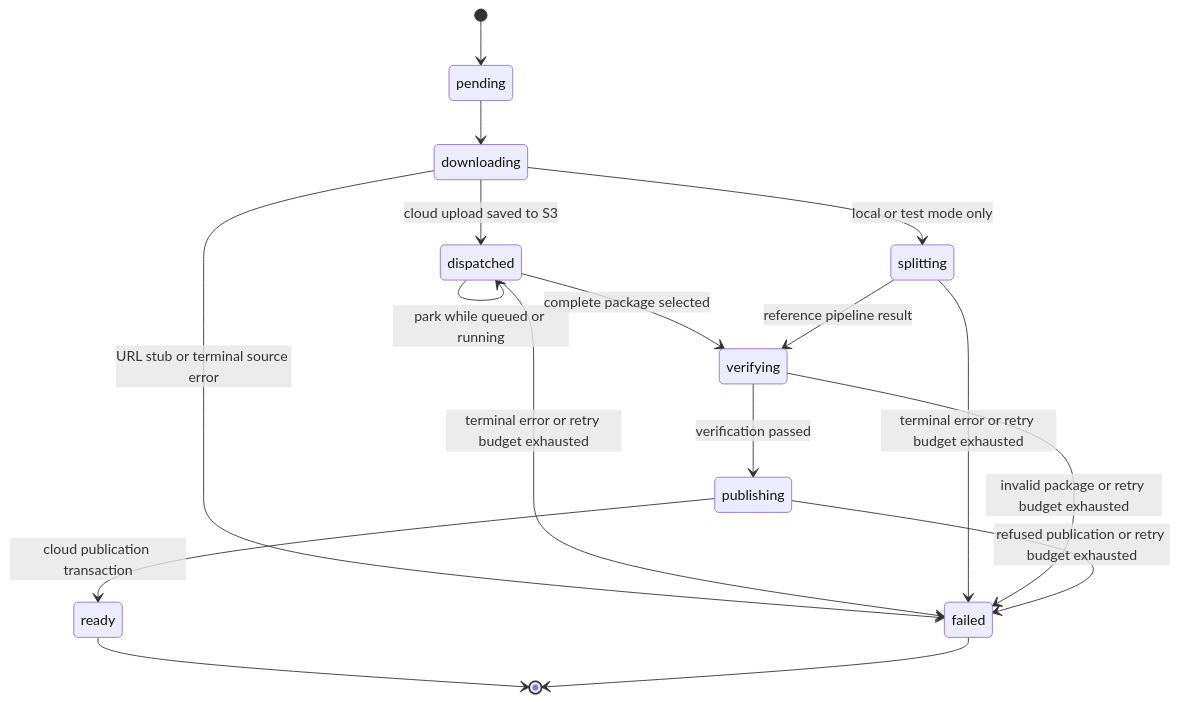
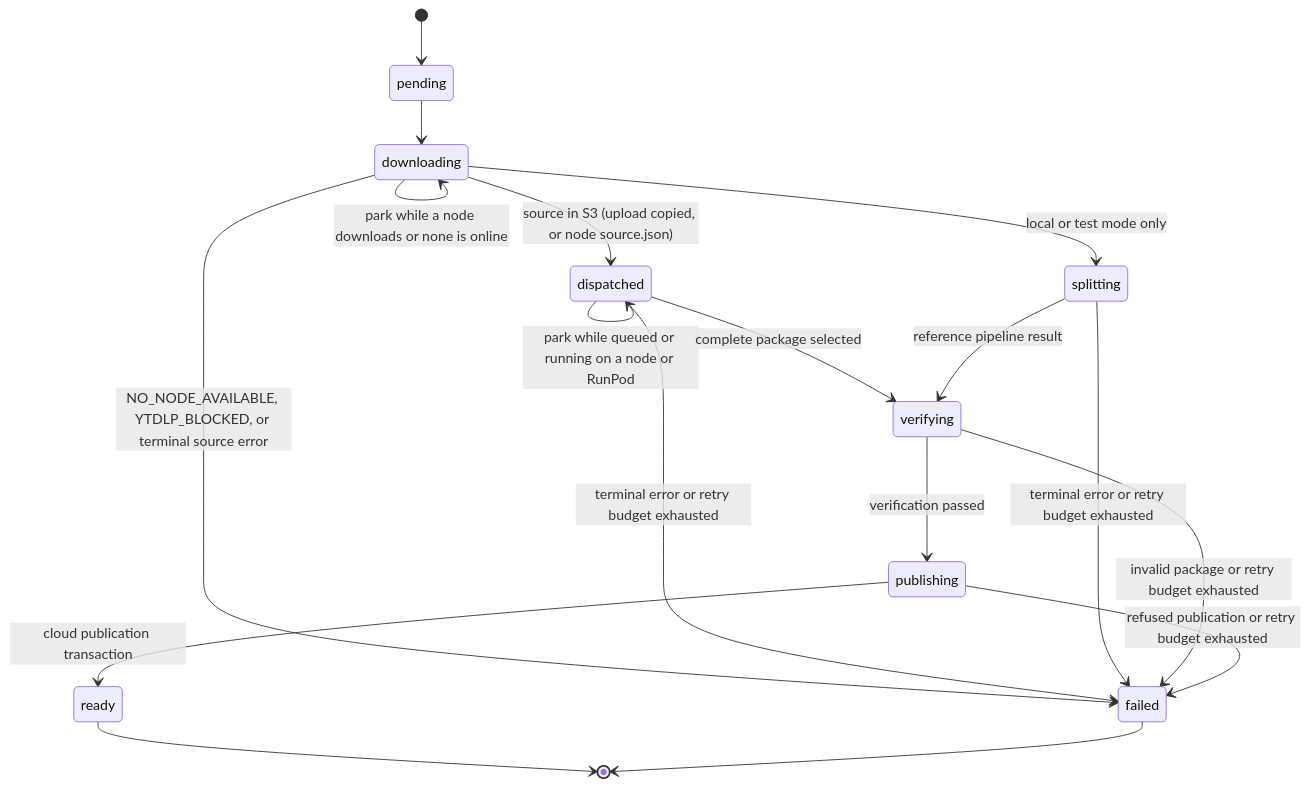
Before and after one commit to mdc159/shizzle: the third of 5 diagrams in docs/architecture.md, drawn with Mermaid. The commit also changed other lines of this file and 11 other files, not shown here.

First line of the commit message:
Docs: current state with both worker nodes live; README system diagrams

````diff
--- a/docs/architecture.md
+++ b/docs/architecture.md
@@ -124,19 +132,20 @@
 ```mermaid
 stateDiagram-v2
     [*] --> pending
     pending --> downloading
-    downloading --> dispatched: cloud upload saved to S3
-    dispatched --> dispatched: park while queued or running
+    downloading --> dispatched: source in S3 (upload copied, or node source.json)
+    downloading --> downloading: park while a node downloads or none is online
+    dispatched --> dispatched: park while queued or running on a node or RunPod
     dispatched --> verifying: complete package selected
     downloading --> splitting: local or test mode only
     splitting --> verifying: reference pipeline result
     verifying --> publishing: verification passed
     publishing --> ready: cloud publication transaction
     ready --> [*]
-    downloading --> failed: URL stub or terminal source error
+    downloading --> failed: NO_NODE_AVAILABLE, YTDLP_BLOCKED, or terminal source error
     dispatched --> failed: terminal error or retry budget exhausted
     splitting --> failed: terminal error or retry budget exhausted
     verifying --> failed: invalid package or retry budget exhausted
     publishing --> failed: refused publication or retry budget exhausted
     failed --> [*]
 ```
````
